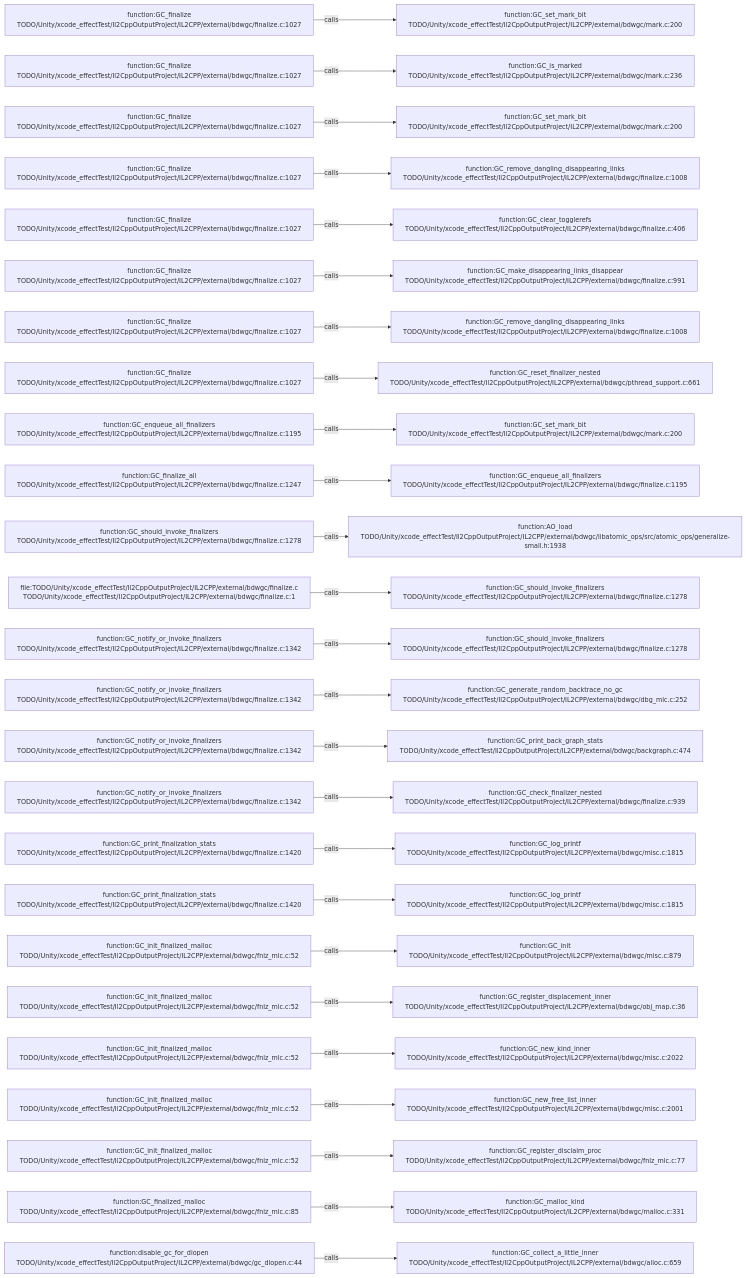
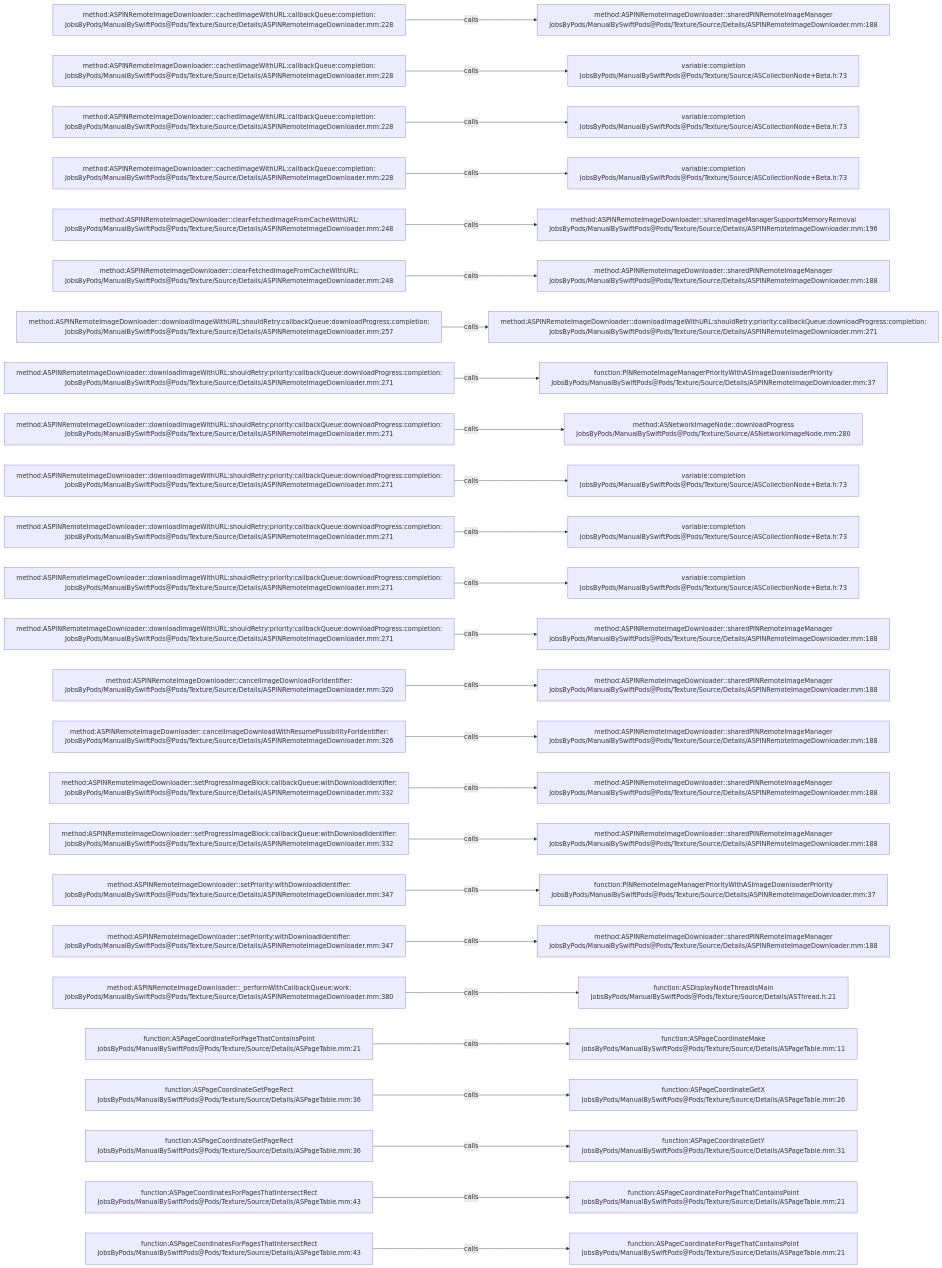
The diagram in .codegraph/codegraph.md/graphs/calls-111.md (JobsKits/JobsSwiftBaseConfigDemo), drawn with Mermaid before and after one commit. The commit also changed 2959 other files, not shown here.

````diff
--- a/.codegraph/codegraph.md/graphs/calls-111.md
+++ b/.codegraph/codegraph.md/graphs/calls-111.md
@@ -13,78 +13,78 @@
 ```mermaid
 flowchart LR
-  S1["function:GC_finalize<br/>TODO/Unity/xcode_effectTest/Il2CppOutputProject/IL2CPP/external/bdwgc/finalize.c:1027"]
-  T1["function:GC_set_mark_bit<br/>TODO/Unity/xcode_effectTest/Il2CppOutputProject/IL2CPP/external/bdwgc/mark.c:200"]
+  S1["method:ASPINRemoteImageDownloader::cachedImageWithURL:callbackQueue:completion:<br/>JobsByPods/ManualBySwiftPods@Pods/Texture/Source/Details/ASPINRemoteImageDownloader.mm:228"]
+  T1["method:ASPINRemoteImageDownloader::sharedPINRemoteImageManager<br/>JobsByPods/ManualBySwiftPods@Pods/Texture/Source/Details/ASPINRemoteImageDownloader.mm:188"]
   S1 -->|calls| T1
-  S2["function:GC_finalize<br/>TODO/Unity/xcode_effectTest/Il2CppOutputProject/IL2CPP/external/bdwgc/finalize.c:1027"]
-  T2["function:GC_is_marked<br/>TODO/Unity/xcode_effectTest/Il2CppOutputProject/IL2CPP/external/bdwgc/mark.c:236"]
+  S2["method:ASPINRemoteImageDownloader::cachedImageWithURL:callbackQueue:completion:<br/>JobsByPods/ManualBySwiftPods@Pods/Texture/Source/Details/ASPINRemoteImageDownloader.mm:228"]
+  T2["variable:completion<br/>JobsByPods/ManualBySwiftPods@Pods/Texture/Source/ASCollectionNode+Beta.h:73"]
   S2 -->|calls| T2
-  S3["function:GC_finalize<br/>TODO/Unity/xcode_effectTest/Il2CppOutputProject/IL2CPP/external/bdwgc/finalize.c:1027"]
-  T3["function:GC_set_mark_bit<br/>TODO/Unity/xcode_effectTest/Il2CppOutputProject/IL2CPP/external/bdwgc/mark.c:200"]
+  S3["method:ASPINRemoteImageDownloader::cachedImageWithURL:callbackQueue:completion:<br/>JobsByPods/ManualBySwiftPods@Pods/Texture/Source/Details/ASPINRemoteImageDownloader.mm:228"]
+  T3["variable:completion<br/>JobsByPods/ManualBySwiftPods@Pods/Texture/Source/ASCollectionNode+Beta.h:73"]
   S3 -->|calls| T3
-  S4["function:GC_finalize<br/>TODO/Unity/xcode_effectTest/Il2CppOutputProject/IL2CPP/external/bdwgc/finalize.c:1027"]
-  T4["function:GC_remove_dangling_disappearing_links<br/>TODO/Unity/xcode_effectTest/Il2CppOutputProject/IL2CPP/external/bdwgc/finalize.c:1008"]
+  S4["method:ASPINRemoteImageDownloader::cachedImageWithURL:callbackQueue:completion:<br/>JobsByPods/ManualBySwiftPods@Pods/Texture/Source/Details/ASPINRemoteImageDownloader.mm:228"]
+  T4["variable:completion<br/>JobsByPods/ManualBySwiftPods@Pods/Texture/Source/ASCollectionNode+Beta.h:73"]
   S4 -->|calls| T4
-  S5["function:GC_finalize<br/>TODO/Unity/xcode_effectTest/Il2CppOutputProject/IL2CPP/external/bdwgc/finalize.c:1027"]
-  T5["function:GC_clear_togglerefs<br/>TODO/Unity/xcode_effectTest/Il2CppOutputProject/IL2CPP/external/bdwgc/finalize.c:406"]
+  S5["method:ASPINRemoteImageDownloader::clearFetchedImageFromCacheWithURL:<br/>JobsByPods/ManualBySwiftPods@Pods/Texture/Source/Details/ASPINRemoteImageDownloader.mm:248"]
+  T5["method:ASPINRemoteImageDownloader::sharedImageManagerSupportsMemoryRemoval<br/>JobsByPods/ManualBySwiftPods@Pods/Texture/Source/Details/ASPINRemoteImageDownloader.mm:196"]
   S5 -->|calls| T5
-  S6["function:GC_finalize<br/>TODO/Unity/xcode_effectTest/Il2CppOutputProject/IL2CPP/external/bdwgc/finalize.c:1027"]
-  T6["function:GC_make_disappearing_links_disappear<br/>TODO/Unity/xcode_effectTest/Il2CppOutputProject/IL2CPP/external/bdwgc/finalize.c:991"]
+  S6["method:ASPINRemoteImageDownloader::clearFetchedImageFromCacheWithURL:<br/>JobsByPods/ManualBySwiftPods@Pods/Texture/Source/Details/ASPINRemoteImageDownloader.mm:248"]
+  T6["method:ASPINRemoteImageDownloader::sharedPINRemoteImageManager<br/>JobsByPods/ManualBySwiftPods@Pods/Texture/Source/Details/ASPINRemoteImageDownloader.mm:188"]
   S6 -->|calls| T6
-  S7["function:GC_finalize<br/>TODO/Unity/xcode_effectTest/Il2CppOutputProject/IL2CPP/external/bdwgc/finalize.c:1027"]
-  T7["function:GC_remove_dangling_disappearing_links<br/>TODO/Unity/xcode_effectTest/Il2CppOutputProject/IL2CPP/external/bdwgc/finalize.c:1008"]
+  S7["method:ASPINRemoteImageDownloader::downloadImageWithURL:shouldRetry:callbackQueue:downloadProgress:completion:<br/>JobsByPods/ManualBySwiftPods@Pods/Texture/Source/Details/ASPINRemoteImageDownloader.mm:257"]
+  T7["method:ASPINRemoteImageDownloader::downloadImageWithURL:shouldRetry:priority:callbackQueue:downloadProgress:completion:<br/>JobsByPods/ManualBySwiftPods@Pods/Texture/Source/Details/ASPINRemoteImageDownloader.mm:271"]
   S7 -->|calls| T7
-  S8["function:GC_finalize<br/>TODO/Unity/xcode_effectTest/Il2CppOutputProject/IL2CPP/external/bdwgc/finalize.c:1027"]
-  T8["function:GC_reset_finalizer_nested<br/>TODO/Unity/xcode_effectTest/Il2CppOutputProject/IL2CPP/external/bdwgc/pthread_support.c:661"]
+  S8["method:ASPINRemoteImageDownloader::downloadImageWithURL:shouldRetry:priority:callbackQueue:downloadProgress:completion:<br/>JobsByPods/ManualBySwiftPods@Pods/Texture/Source/Details/ASPINRemoteImageDownloader.mm:271"]
+  T8["function:PINRemoteImageManagerPriorityWithASImageDownloaderPriority<br/>JobsByPods/ManualBySwiftPods@Pods/Texture/Source/Details/ASPINRemoteImageDownloader.mm:37"]
   S8 -->|calls| T8
-  S9["function:GC_enqueue_all_finalizers<br/>TODO/Unity/xcode_effectTest/Il2CppOutputProject/IL2CPP/external/bdwgc/finalize.c:1195"]
-  T9["function:GC_set_mark_bit<br/>TODO/Unity/xcode_effectTest/Il2CppOutputProject/IL2CPP/external/bdwgc/mark.c:200"]
+  S9["method:ASPINRemoteImageDownloader::downloadImageWithURL:shouldRetry:priority:callbackQueue:downloadProgress:completion:<br/>JobsByPods/ManualBySwiftPods@Pods/Texture/Source/Details/ASPINRemoteImageDownloader.mm:271"]
+  T9["method:ASNetworkImageNode::downloadProgress<br/>JobsByPods/ManualBySwiftPods@Pods/Texture/Source/ASNetworkImageNode.mm:280"]
   S9 -->|calls| T9
-  S10["function:GC_finalize_all<br/>TODO/Unity/xcode_effectTest/Il2CppOutputProject/IL2CPP/external/bdwgc/finalize.c:1247"]
-  T10["function:GC_enqueue_all_finalizers<br/>TODO/Unity/xcode_effectTest/Il2CppOutputProject/IL2CPP/external/bdwgc/finalize.c:1195"]
+  S10["method:ASPINRemoteImageDownloader::downloadImageWithURL:shouldRetry:priority:callbackQueue:downloadProgress:completion:<br/>JobsByPods/ManualBySwiftPods@Pods/Texture/Source/Details/ASPINRemoteImageDownloader.mm:271"]
+  T10["variable:completion<br/>JobsByPods/ManualBySwiftPods@Pods/Texture/Source/ASCollectionNode+Beta.h:73"]
   S10 -->|calls| T10
-  S11["function:GC_should_invoke_finalizers<br/>TODO/Unity/xcode_effectTest/Il2CppOutputProject/IL2CPP/external/bdwgc/finalize.c:1278"]
-  T11["function:AO_load<br/>TODO/Unity/xcode_effectTest/Il2CppOutputProject/IL2CPP/external/bdwgc/libatomic_ops/src/atomic_ops/generalize-small.h:1938"]
+  S11["method:ASPINRemoteImageDownloader::downloadImageWithURL:shouldRetry:priority:callbackQueue:downloadProgress:completion:<br/>JobsByPods/ManualBySwiftPods@Pods/Texture/Source/Details/ASPINRemoteImageDownloader.mm:271"]
+  T11["variable:completion<br/>JobsByPods/ManualBySwiftPods@Pods/Texture/Source/ASCollectionNode+Beta.h:73"]
   S11 -->|calls| T11
-  S12["file:TODO/Unity/xcode_effectTest/Il2CppOutputProject/IL2CPP/external/bdwgc/finalize.c<br/>TODO/Unity/xcode_effectTest/Il2CppOutputProject/IL2CPP/external/bdwgc/finalize.c:1"]
-  T12["function:GC_should_invoke_finalizers<br/>TODO/Unity/xcode_effectTest/Il2CppOutputProject/IL2CPP/external/bdwgc/finalize.c:1278"]
+  S12["method:ASPINRemoteImageDownloader::downloadImageWithURL:shouldRetry:priority:callbackQueue:downloadProgress:completion:<br/>JobsByPods/ManualBySwiftPods@Pods/Texture/Source/Details/ASPINRemoteImageDownloader.mm:271"]
+  T12["variable:completion<br/>JobsByPods/ManualBySwiftPods@Pods/Texture/Source/ASCollectionNode+Beta.h:73"]
   S12 -->|calls| T12
-  S13["function:GC_notify_or_invoke_finalizers<br/>TODO/Unity/xcode_effectTest/Il2CppOutputProject/IL2CPP/external/bdwgc/finalize.c:1342"]
-  T13["function:GC_should_invoke_finalizers<br/>TODO/Unity/xcode_effectTest/Il2CppOutputProject/IL2CPP/external/bdwgc/finalize.c:1278"]
+  S13["method:ASPINRemoteImageDownloader::downloadImageWithURL:shouldRetry:priority:callbackQueue:downloadProgress:completion:<br/>JobsByPods/ManualBySwiftPods@Pods/Texture/Source/Details/ASPINRemoteImageDownloader.mm:271"]
+  T13["method:ASPINRemoteImageDownloader::sharedPINRemoteImageManager<br/>JobsByPods/ManualBySwiftPods@Pods/Texture/Source/Details/ASPINRemoteImageDownloader.mm:188"]
   S13 -->|calls| T13
-  S14["function:GC_notify_or_invoke_finalizers<br/>TODO/Unity/xcode_effectTest/Il2CppOutputProject/IL2CPP/external/bdwgc/finalize.c:1342"]
-  T14["function:GC_generate_random_backtrace_no_gc<br/>TODO/Unity/xcode_effectTest/Il2CppOutputProject/IL2CPP/external/bdwgc/dbg_mlc.c:252"]
+  S14["method:ASPINRemoteImageDownloader::cancelImageDownloadForIdentifier:<br/>JobsByPods/ManualBySwiftPods@Pods/Texture/Source/Details/ASPINRemoteImageDownloader.mm:320"]
+  T14["method:ASPINRemoteImageDownloader::sharedPINRemoteImageManager<br/>JobsByPods/ManualBySwiftPods@Pods/Texture/Source/Details/ASPINRemoteImageDownloader.mm:188"]
   S14 -->|calls| T14
-  S15["function:GC_notify_or_invoke_finalizers<br/>TODO/Unity/xcode_effectTest/Il2CppOutputProject/IL2CPP/external/bdwgc/finalize.c:1342"]
-  T15["function:GC_print_back_graph_stats<br/>TODO/Unity/xcode_effectTest/Il2CppOutputProject/IL2CPP/external/bdwgc/backgraph.c:474"]
+  S15["method:ASPINRemoteImageDownloader::cancelImageDownloadWithResumePossibilityForIdentifier:<br/>JobsByPods/ManualBySwiftPods@Pods/Texture/Source/Details/ASPINRemoteImageDownloader.mm:326"]
+  T15["method:ASPINRemoteImageDownloader::sharedPINRemoteImageManager<br/>JobsByPods/ManualBySwiftPods@Pods/Texture/Source/Details/ASPINRemoteImageDownloader.mm:188"]
   S15 -->|calls| T15
-  S16["function:GC_notify_or_invoke_finalizers<br/>TODO/Unity/xcode_effectTest/Il2CppOutputProject/IL2CPP/external/bdwgc/finalize.c:1342"]
-  T16["function:GC_check_finalizer_nested<br/>TODO/Unity/xcode_effectTest/Il2CppOutputProject/IL2CPP/external/bdwgc/finalize.c:939"]
+  S16["method:ASPINRemoteImageDownloader::setProgressImageBlock:callbackQueue:withDownloadIdentifier:<br/>JobsByPods/ManualBySwiftPods@Pods/Texture/Source/Details/ASPINRemoteImageDownloader.mm:332"]
+  T16["method:ASPINRemoteImageDownloader::sharedPINRemoteImageManager<br/>JobsByPods/ManualBySwiftPods@Pods/Texture/Source/Details/ASPINRemoteImageDownloader.mm:188"]
   S16 -->|calls| T16
-  S17["function:GC_print_finalization_stats<br/>TODO/Unity/xcode_effectTest/Il2CppOutputProject/IL2CPP/external/bdwgc/finalize.c:1420"]
-  T17["function:GC_log_printf<br/>TODO/Unity/xcode_effectTest/Il2CppOutputProject/IL2CPP/external/bdwgc/misc.c:1815"]
+  S17["method:ASPINRemoteImageDownloader::setProgressImageBlock:callbackQueue:withDownloadIdentifier:<br/>JobsByPods/ManualBySwiftPods@Pods/Texture/Source/Details/ASPINRemoteImageDownloader.mm:332"]
+  T17["method:ASPINRemoteImageDownloader::sharedPINRemoteImageManager<br/>JobsByPods/ManualBySwiftPods@Pods/Texture/Source/Details/ASPINRemoteImageDownloader.mm:188"]
   S17 -->|calls| T17
-  S18["function:GC_print_finalization_stats<br/>TODO/Unity/xcode_effectTest/Il2CppOutputProject/IL2CPP/external/bdwgc/finalize.c:1420"]
-  T18["function:GC_log_printf<br/>TODO/Unity/xcode_effectTest/Il2CppOutputProject/IL2CPP/external/bdwgc/misc.c:1815"]
+  S18["method:ASPINRemoteImageDownloader::setPriority:withDownloadIdentifier:<br/>JobsByPods/ManualBySwiftPods@Pods/Texture/Source/Details/ASPINRemoteImageDownloader.mm:347"]
+  T18["function:PINRemoteImageManagerPriorityWithASImageDownloaderPriority<br/>JobsByPods/ManualBySwiftPods@Pods/Texture/Source/Details/ASPINRemoteImageDownloader.mm:37"]
   S18 -->|calls| T18
-  S19["function:GC_init_finalized_malloc<br/>TODO/Unity/xcode_effectTest/Il2CppOutputProject/IL2CPP/external/bdwgc/fnlz_mlc.c:52"]
-  T19["function:GC_init<br/>TODO/Unity/xcode_effectTest/Il2CppOutputProject/IL2CPP/external/bdwgc/misc.c:879"]
+  S19["method:ASPINRemoteImageDownloader::setPriority:withDownloadIdentifier:<br/>JobsByPods/ManualBySwiftPods@Pods/Texture/Source/Details/ASPINRemoteImageDownloader.mm:347"]
+  T19["method:ASPINRemoteImageDownloader::sharedPINRemoteImageManager<br/>JobsByPods/ManualBySwiftPods@Pods/Texture/Source/Details/ASPINRemoteImageDownloader.mm:188"]
   S19 -->|calls| T19
-  S20["function:GC_init_finalized_malloc<br/>TODO/Unity/xcode_effectTest/Il2CppOutputProject/IL2CPP/external/bdwgc/fnlz_mlc.c:52"]
-  T20["function:GC_register_displacement_inner<br/>TODO/Unity/xcode_effectTest/Il2CppOutputProject/IL2CPP/external/bdwgc/obj_map.c:36"]
+  S20["method:ASPINRemoteImageDownloader::_performWithCallbackQueue:work:<br/>JobsByPods/ManualBySwiftPods@Pods/Texture/Source/Details/ASPINRemoteImageDownloader.mm:380"]
+  T20["function:ASDisplayNodeThreadIsMain<br/>JobsByPods/ManualBySwiftPods@Pods/Texture/Source/Details/ASThread.h:21"]
   S20 -->|calls| T20
-  S21["function:GC_init_finalized_malloc<br/>TODO/Unity/xcode_effectTest/Il2CppOutputProject/IL2CPP/external/bdwgc/fnlz_mlc.c:52"]
-  T21["function:GC_new_kind_inner<br/>TODO/Unity/xcode_effectTest/Il2CppOutputProject/IL2CPP/external/bdwgc/misc.c:2022"]
+  S21["function:ASPageCoordinateForPageThatContainsPoint<br/>JobsByPods/ManualBySwiftPods@Pods/Texture/Source/Details/ASPageTable.mm:21"]
+  T21["function:ASPageCoordinateMake<br/>JobsByPods/ManualBySwiftPods@Pods/Texture/Source/Details/ASPageTable.mm:11"]
   S21 -->|calls| T21
-  S22["function:GC_init_finalized_malloc<br/>TODO/Unity/xcode_effectTest/Il2CppOutputProject/IL2CPP/external/bdwgc/fnlz_mlc.c:52"]
-  T22["function:GC_new_free_list_inner<br/>TODO/Unity/xcode_effectTest/Il2CppOutputProject/IL2CPP/external/bdwgc/misc.c:2001"]
+  S22["function:ASPageCoordinateGetPageRect<br/>JobsByPods/ManualBySwiftPods@Pods/Texture/Source/Details/ASPageTable.mm:36"]
+  T22["function:ASPageCoordinateGetX<br/>JobsByPods/ManualBySwiftPods@Pods/Texture/Source/Details/ASPageTable.mm:26"]
   S22 -->|calls| T22
-  S23["function:GC_init_finalized_malloc<br/>TODO/Unity/xcode_effectTest/Il2CppOutputProject/IL2CPP/external/bdwgc/fnlz_mlc.c:52"]
-  T23["function:GC_register_disclaim_proc<br/>TODO/Unity/xcode_effectTest/Il2CppOutputProject/IL2CPP/external/bdwgc/fnlz_mlc.c:77"]
+  S23["function:ASPageCoordinateGetPageRect<br/>JobsByPods/ManualBySwiftPods@Pods/Texture/Source/Details/ASPageTable.mm:36"]
+  T23["function:ASPageCoordinateGetY<br/>JobsByPods/ManualBySwiftPods@Pods/Texture/Source/Details/ASPageTable.mm:31"]
   S23 -->|calls| T23
-  S24["function:GC_finalized_malloc<br/>TODO/Unity/xcode_effectTest/Il2CppOutputProject/IL2CPP/external/bdwgc/fnlz_mlc.c:85"]
-  T24["function:GC_malloc_kind<br/>TODO/Unity/xcode_effectTest/Il2CppOutputProject/IL2CPP/external/bdwgc/malloc.c:331"]
+  S24["function:ASPageCoordinatesForPagesThatIntersectRect<br/>JobsByPods/ManualBySwiftPods@Pods/Texture/Source/Details/ASPageTable.mm:43"]
+  T24["function:ASPageCoordinateForPageThatContainsPoint<br/>JobsByPods/ManualBySwiftPods@Pods/Texture/Source/Details/ASPageTable.mm:21"]
   S24 -->|calls| T24
-  S25["function:disable_gc_for_dlopen<br/>TODO/Unity/xcode_effectTest/Il2CppOutputProject/IL2CPP/external/bdwgc/gc_dlopen.c:44"]
-  T25["function:GC_collect_a_little_inner<br/>TODO/Unity/xcode_effectTest/Il2CppOutputProject/IL2CPP/external/bdwgc/alloc.c:659"]
+  S25["function:ASPageCoordinatesForPagesThatIntersectRect<br/>JobsByPods/ManualBySwiftPods@Pods/Texture/Source/Details/ASPageTable.mm:43"]
+  T25["function:ASPageCoordinateForPageThatContainsPoint<br/>JobsByPods/ManualBySwiftPods@Pods/Texture/Source/Details/ASPageTable.mm:21"]
   S25 -->|calls| T25
 ```
````
